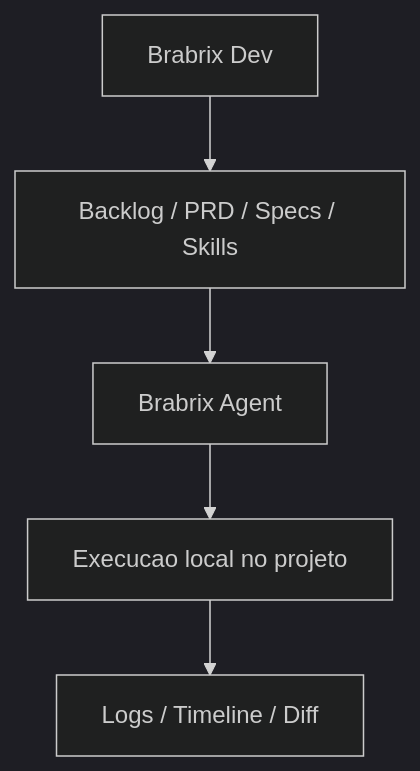
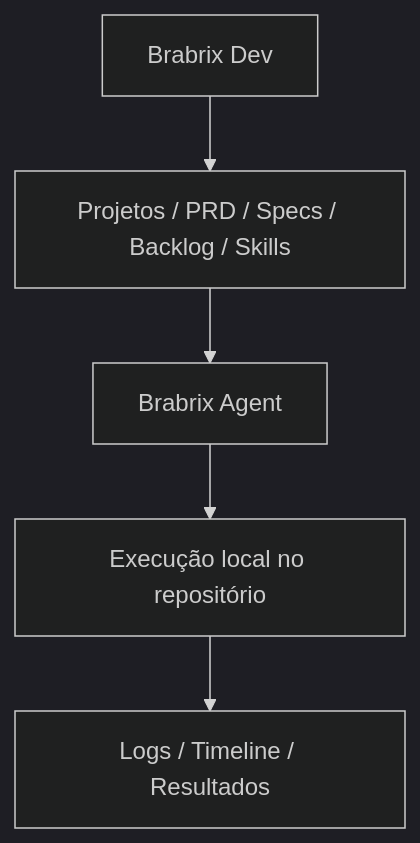
Before and after one commit to paperclipai/paperclip: the diagram in README.md, drawn with Mermaid (dark theme). The commit also changed other lines of this file and 2 other files, not shown here.

Commit message:
landing agent flow

````diff
--- a/README.md
+++ b/README.md
@@ -89,7 +88,7 @@
 ```mermaid
 flowchart TD
-  A[Brabrix Dev] --> B[Backlog / PRD / Specs / Skills]
+  A[Brabrix Dev] --> B[Projetos / PRD / Specs / Backlog / Skills]
   B --> C[Brabrix Agent]
-  C --> D[Execucao local no projeto]
-  D --> E[Logs / Timeline / Diff]
+  C --> D[Execução local no repositório]
+  D --> E[Logs / Timeline / Resultados]
 ```
````
